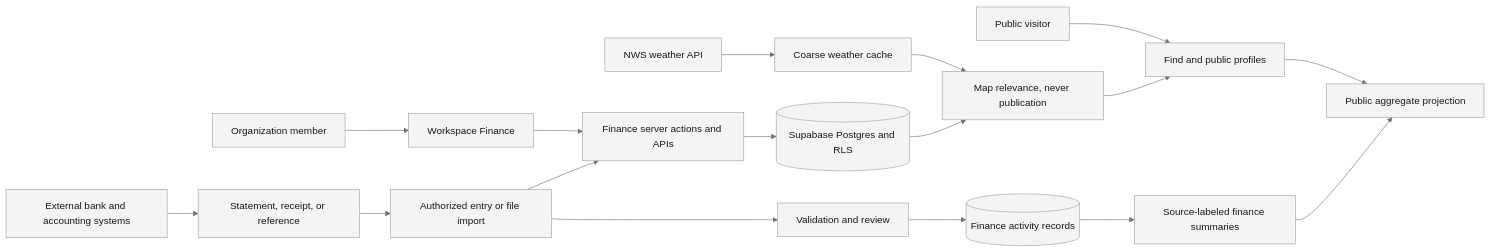
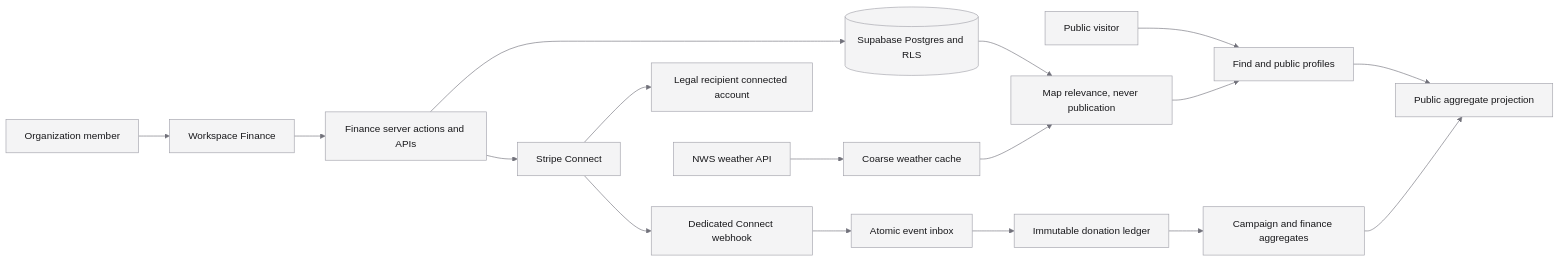
The first of 7 diagrams in docs/plans/2026-08-04-finance-fundraising-find-release-design.md (Hamernick/coach-house-lms), drawn with Mermaid before and after one commit. The commit also changed other lines of this file and 2714 other files, not shown here.

````diff
--- a/docs/plans/2026-08-04-finance-fundraising-find-release-design.md
+++ b/docs/plans/2026-08-04-finance-fundraising-find-release-design.md
@@ -742,20 +351,20 @@
 ```mermaid
 %%{init: {"theme": "base", "themeVariables": {"primaryColor": "#f4f4f5", "primaryTextColor": "#18181b", "primaryBorderColor": "#a1a1aa", "lineColor": "#71717a", "secondaryColor": "#fafafa", "tertiaryColor": "#ffffff", "fontFamily": "Geist, ui-sans-serif, system-ui"}}}%%
 flowchart LR
   Visitor[Public visitor] --> Find[Find and public profiles]
   Member[Organization member] --> Workspace[Workspace Finance]
   Workspace --> FinanceAPI[Finance server actions and APIs]
   Find --> PublicProjection[Public aggregate projection]
   FinanceAPI --> Postgres[(Supabase Postgres and RLS)]
-  Bank[External bank and accounting systems] --> Evidence[Statement, receipt, or reference]
-  Evidence --> Entry[Authorized entry or file import]
-  Entry --> FinanceAPI
-  Entry --> Review[Validation and review]
-  Review --> Records[(Finance activity records)]
-  Records --> Aggregates[Source-labeled finance summaries]
+  FinanceAPI --> StripeConnect[Stripe Connect]
+  StripeConnect --> ConnectedAccount[Legal recipient connected account]
+  StripeConnect --> ConnectWebhook[Dedicated Connect webhook]
+  ConnectWebhook --> Inbox[Atomic event inbox]
+  Inbox --> Ledger[Immutable donation ledger]
+  Ledger --> Aggregates[Campaign and finance aggregates]
   Aggregates --> PublicProjection
   NWS[NWS weather API] --> WeatherCache[Coarse weather cache]
   WeatherCache --> Relevance[Map relevance, never publication]
   Postgres --> Relevance
   Relevance --> Find
 ```
````
